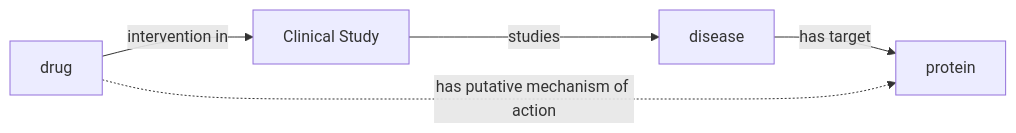
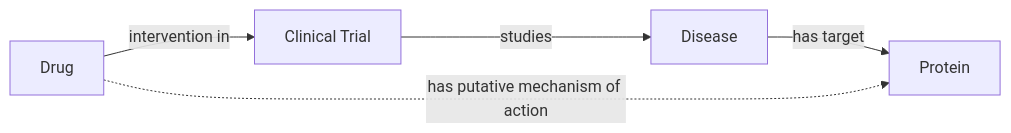
One commit to cthoyt/cthoyt.github.io changed the seventh of 7 diagrams in _posts/2025-01-23-clinical-trials-model.md. Above: the diagram before and after it, drawn with Mermaid. The commit also changed other lines of this file, not shown here.

````diff
--- a/_posts/2025-01-23-clinical-trials-model.md
+++ b/_posts/2025-01-23-clinical-trials-model.md
@@ -559,7 +606,5 @@
 ```mermaid
 graph LR
-  drug -- intervention in --> trial[Clinical Study]
-  trial -- studies --> disease
-  disease -- has target --> protein
+  drug[Drug] -- intervention in --> trial[Clinical Trial] -- studies --> disease[Disease] -- has target --> protein[Protein]
   drug -. has putative mechanism of action .-> protein
 ```
````
